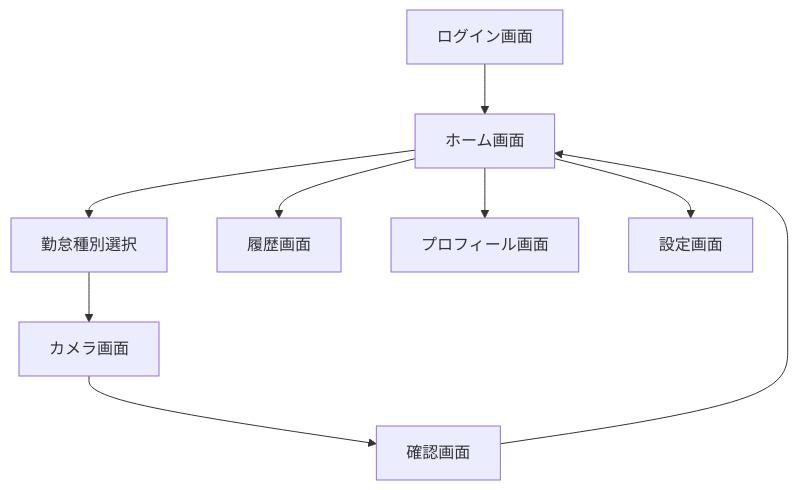
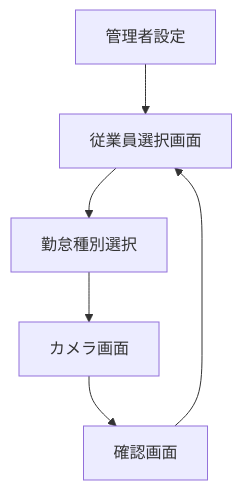
One commit to yamasaw/attendance-management-mobile-by-ai-driven changed the diagram in doc/design_layout.md. Above: the diagram before and after it, drawn with Mermaid. The commit also changed other lines of this file and 4 other files, not shown here.

````diff
--- a/doc/design_layout.md
+++ b/doc/design_layout.md
@@ -55,11 +55,8 @@
 ```mermaid
 flowchart TD
-    A[ログイン画面] --> B[ホーム画面]
-    B --> C[勤怠種別選択]
-    C --> D[カメラ画面]
-    D --> E[確認画面]
-    E --> B
-    B --> F[履歴画面]
-    B --> G[プロフィール画面]
-    B --> H[設定画面]
+    A[従業員選択画面] --> B[勤怠種別選択]
+    B --> C[カメラ画面]
+    C --> D[確認画面]
+    D --> A
+    E[管理者設定] --> A
 ```
````
